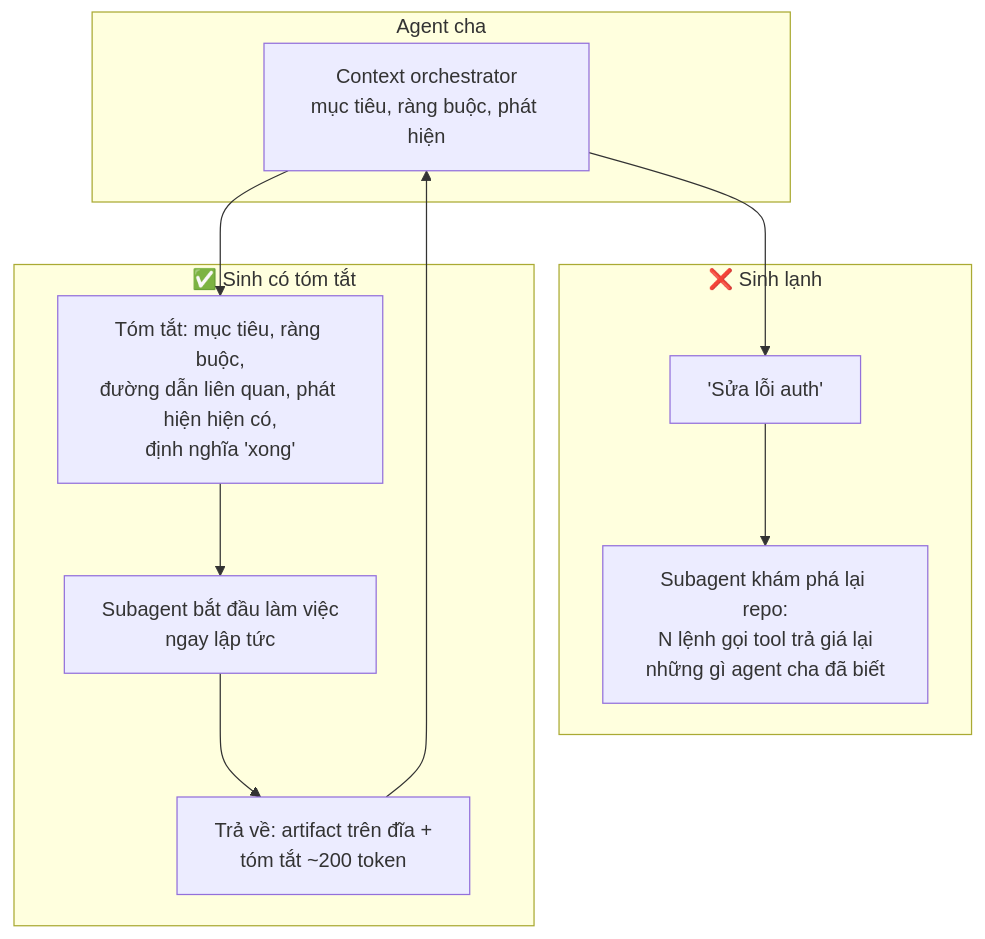
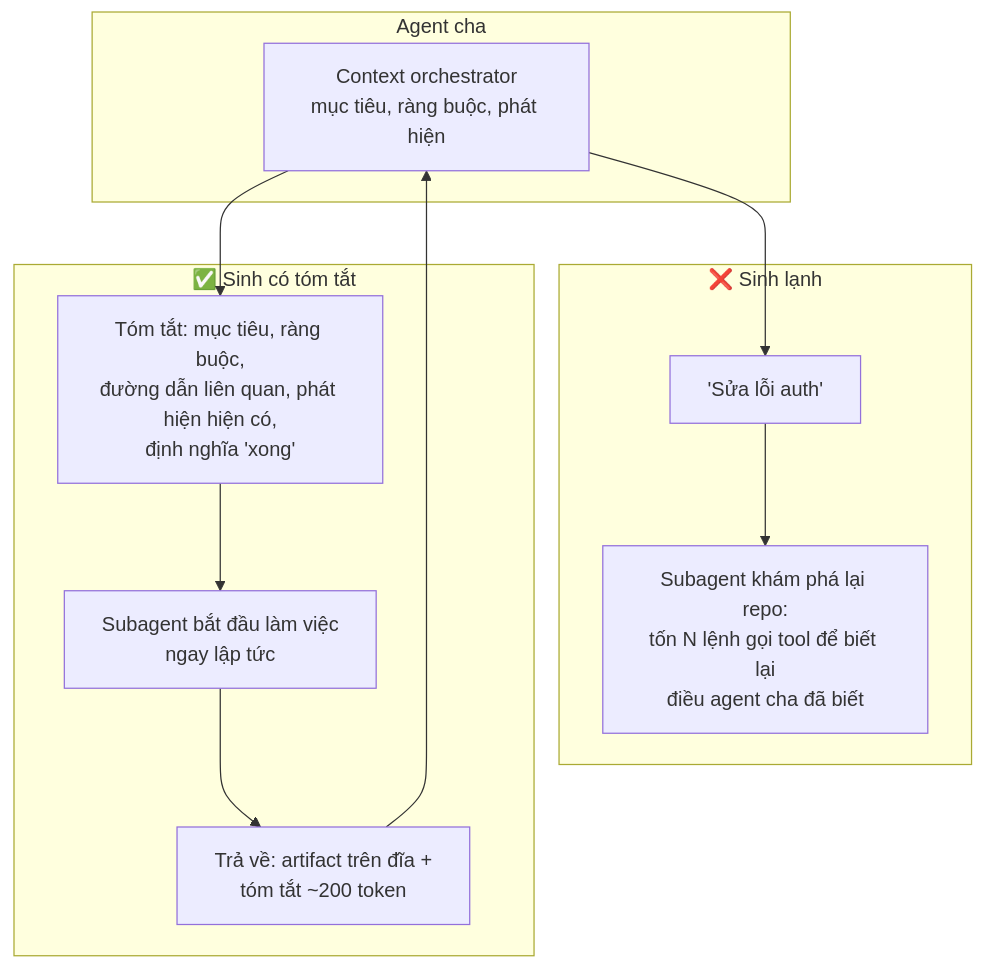
Before and after one commit to dungnm02/token-optimizer: the first of 2 diagrams in solutions/subagent-context-handoff.md, drawn with Mermaid. The commit also changed other lines of this file and 30 other files, not shown here.

````diff
--- a/solutions/subagent-context-handoff.md
+++ b/solutions/subagent-context-handoff.md
@@ -20,16 +22,16 @@
 ```mermaid
 flowchart TD
     subgraph Parent["Agent cha"]
         P[Context orchestrator<br/>mục tiêu, ràng buộc, phát hiện]
     end
     subgraph Cold["❌ Sinh lạnh"]
-        C1["'Sửa lỗi auth'"] --> C2[Subagent khám phá lại repo:<br/>N lệnh gọi tool trả giá lại<br/>những gì agent cha đã biết]
+        C1["'Sửa lỗi auth'"] --> C2[Subagent khám phá lại repo:<br/>tốn N lệnh gọi tool để biết lại<br/>điều agent cha đã biết]
     end
     subgraph Warm["✅ Sinh có tóm tắt"]
         B1["Tóm tắt: mục tiêu, ràng buộc,<br/>đường dẫn liên quan, phát hiện hiện có,<br/>định nghĩa 'xong'"] --> B2[Subagent bắt đầu làm việc<br/>ngay lập tức]
         B2 --> B3["Trả về: artifact trên đĩa +<br/>tóm tắt ~200 token"]
     end
     P --> C1
     P --> B1
     B3 --> P
 ```
````
